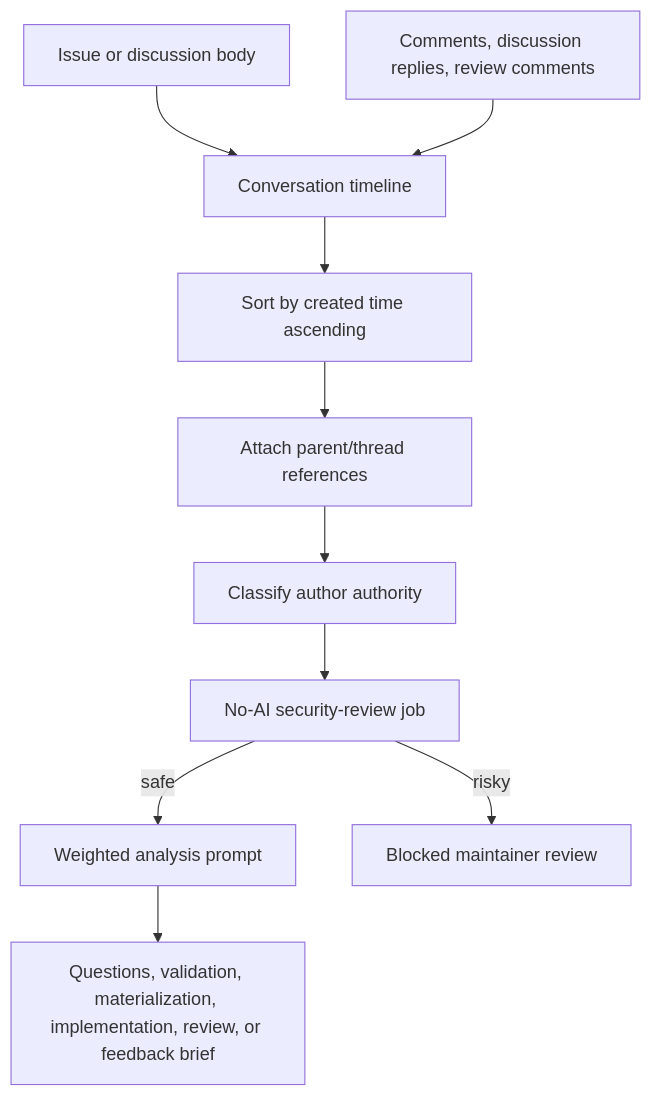
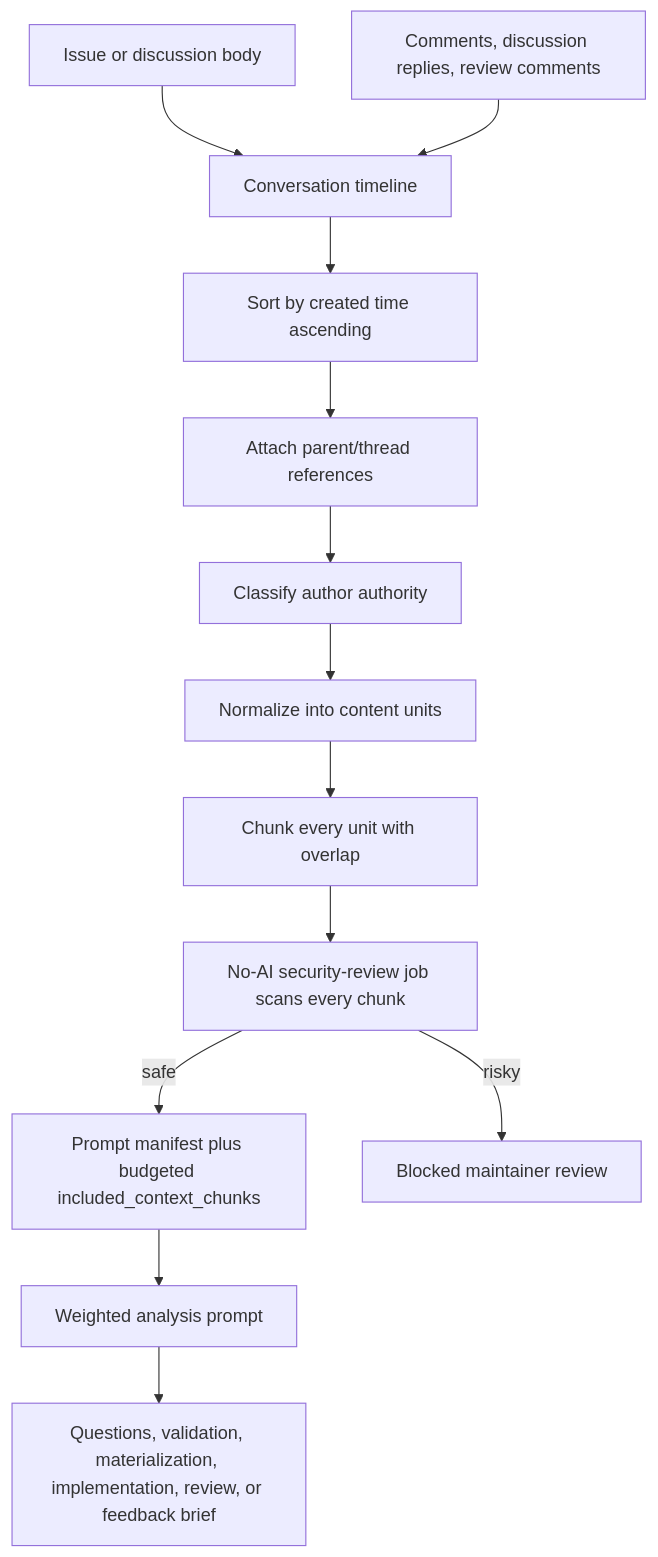
One commit to markhuangai/git-vibe changed the first of 3 diagrams in docs/AI.md. Above: the diagram before and after it, drawn with Mermaid. The commit also changed other lines of this file and 15 other files, not shown here.

Commit message:
Add context chunk coverage gate

````diff
--- a/docs/AI.md
+++ b/docs/AI.md
@@ -9,12 +9,15 @@
 ```mermaid
 flowchart TD
   A[Issue or discussion body] --> C[Conversation timeline]
   B[Comments, discussion replies, review comments] --> C
   C --> D[Sort by created time ascending]
   D --> E[Attach parent/thread references]
   E --> F[Classify author authority]
-  F --> S[No-AI security-review job]
-  S -->|safe| G[Weighted analysis prompt]
+  F --> U[Normalize into content units]
+  U --> K[Chunk every unit with overlap]
+  K --> S[No-AI security-review job scans every chunk]
+  S -->|safe| M[Prompt manifest plus budgeted included_context_chunks]
+  M --> G[Weighted analysis prompt]
   S -->|risky| BQ[Blocked maintainer review]
   G --> H[Questions, validation, materialization, implementation, review, or feedback brief]
 ```
````
